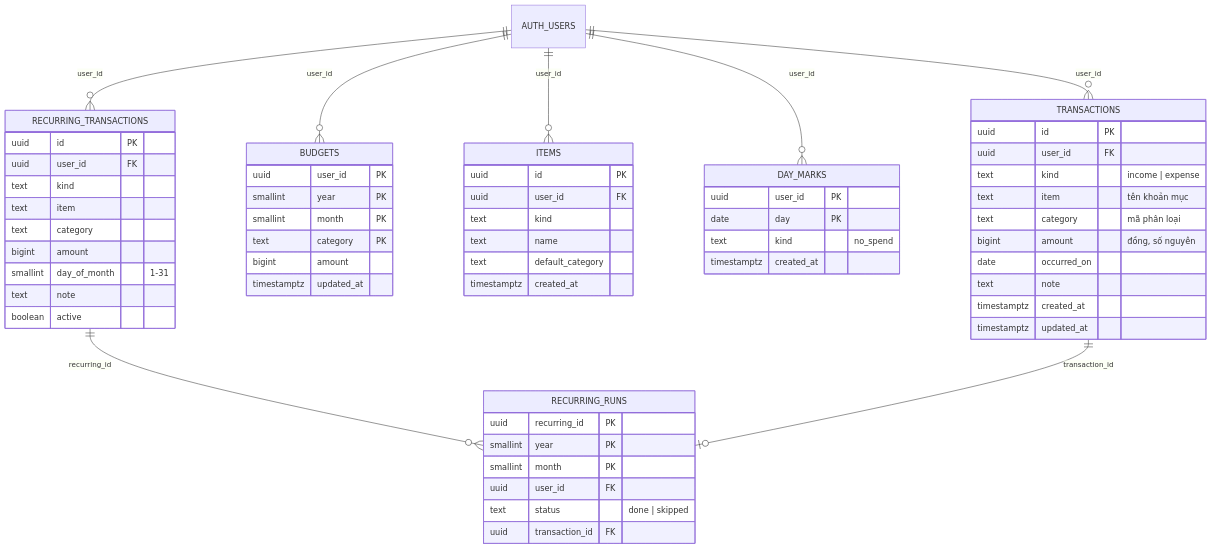
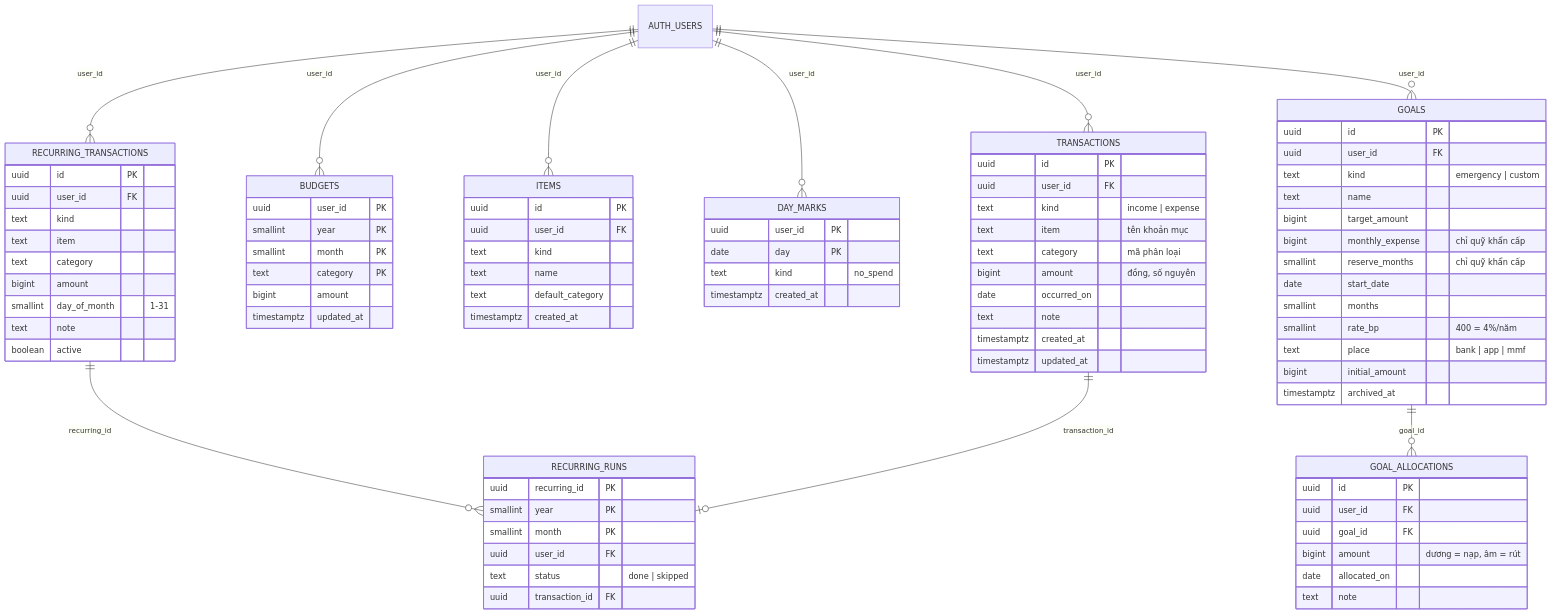
One commit to tienhuynh100904-lang/ct9-personal-finance changed the diagram in docs/database.md. Above: the diagram before and after it, drawn with Mermaid. The commit also changed other lines of this file and 17 other files, not shown here.

````diff
--- a/docs/database.md
+++ b/docs/database.md
@@ -85,6 +85,8 @@
     AUTH_USERS ||--o{ RECURRING_TRANSACTIONS : "user_id"
     RECURRING_TRANSACTIONS ||--o{ RECURRING_RUNS : "recurring_id"
     TRANSACTIONS ||--o| RECURRING_RUNS : "transaction_id"
+    AUTH_USERS ||--o{ GOALS : "user_id"
+    GOALS ||--o{ GOAL_ALLOCATIONS : "goal_id"
 
     TRANSACTIONS {
         uuid id PK
@@ -139,4 +141,27 @@
         text status "done | skipped"
         uuid transaction_id FK
     }
+    GOALS {
+        uuid id PK
+        uuid user_id FK
+        text kind "emergency | custom"
+        text name
+        bigint target_amount
+        bigint monthly_expense "chỉ quỹ khẩn cấp"
+        smallint reserve_months "chỉ quỹ khẩn cấp"
+        date start_date
+        smallint months
+        smallint rate_bp "400 = 4%/năm"
+        text place "bank | app | mmf"
+        bigint initial_amount
+        timestamptz archived_at
+    }
+    GOAL_ALLOCATIONS {
+        uuid id PK
+        uuid user_id FK
+        uuid goal_id FK
+        bigint amount "dương = nạp, âm = rút"
+        date allocated_on
+        text note
+    }
 ```
````
